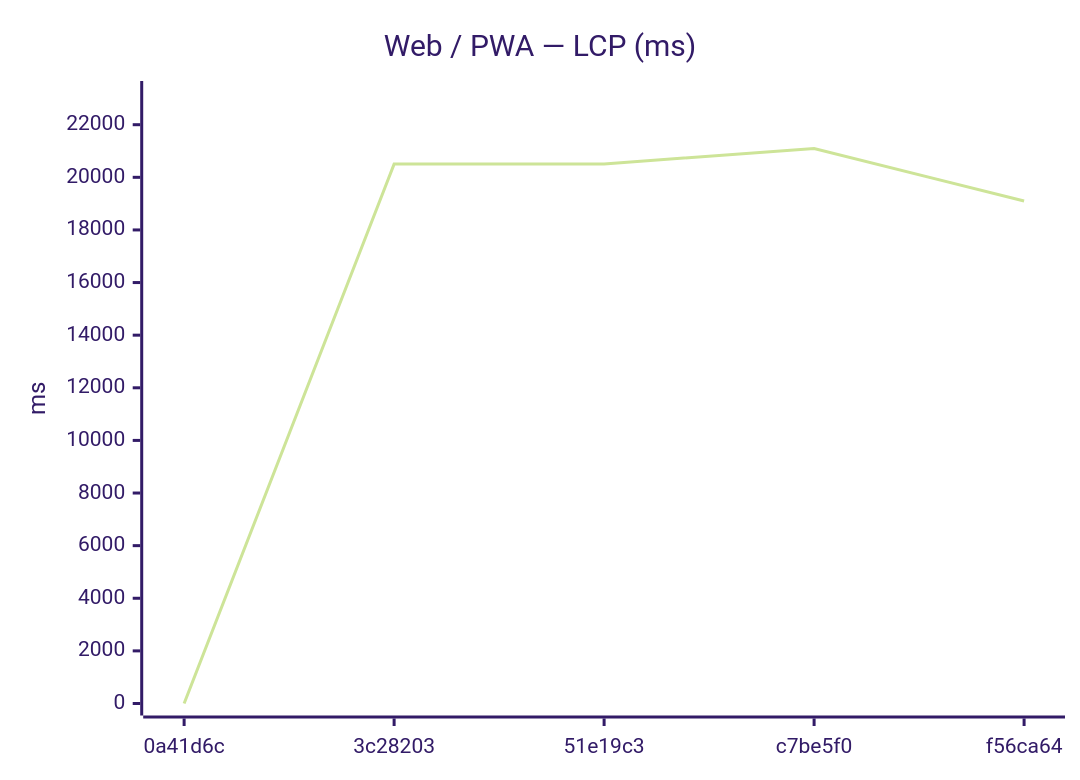
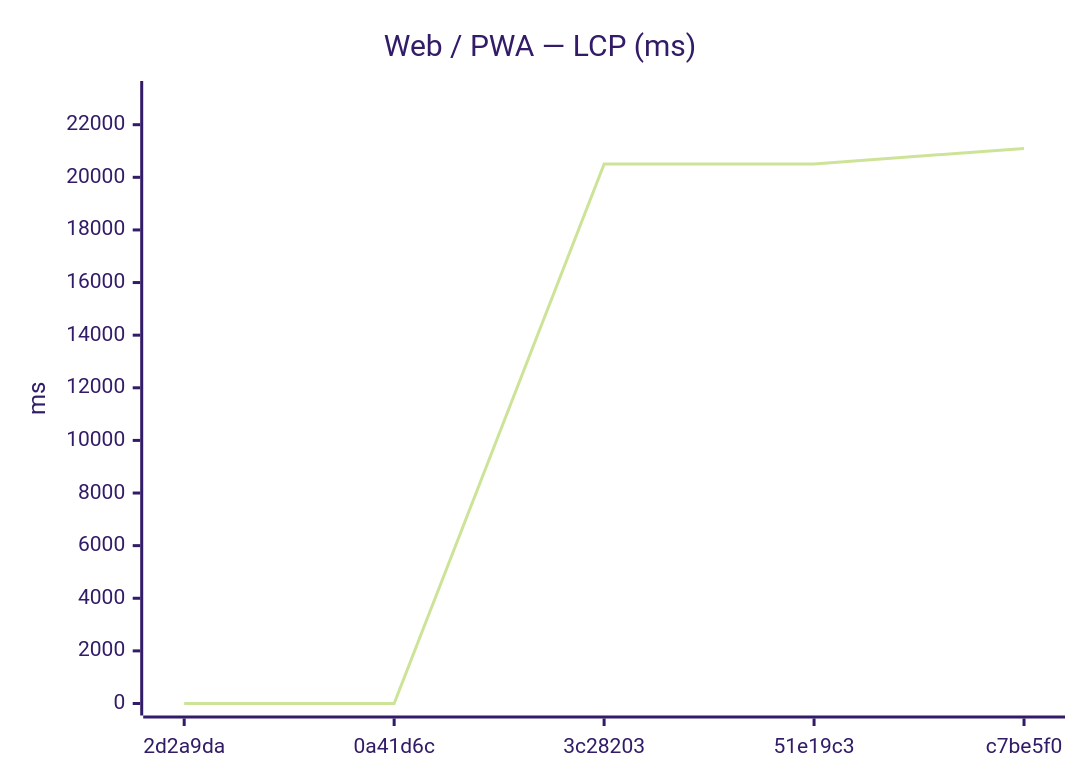
Before and after one commit to Metaheurist/Rianell: the seventh of 18 diagrams in benchmarks/compare.md, drawn with Mermaid (forest theme). The commit also changed other lines of this file and 11 other files, not shown here.

````diff
--- a/benchmarks/compare.md
+++ b/benchmarks/compare.md
@@ -117,7 +117,7 @@
 ```mermaid
 xychart-beta
     title "Web / PWA — LCP (ms)"
-    x-axis ["0a41d6c", "3c28203", "51e19c3", "c7be5f0", "f56ca64"]
+    x-axis ["2d2a9da", "0a41d6c", "3c28203", "51e19c3", "c7be5f0"]
     y-axis "ms" 0 --> 23205
-    line [0, 20503, 20509, 21095, 19101]
+    line [0, 0, 20503, 20509, 21095]
 ```
````
